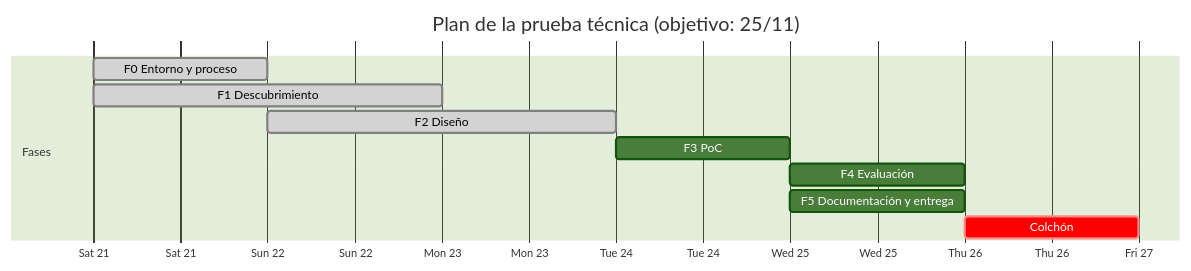
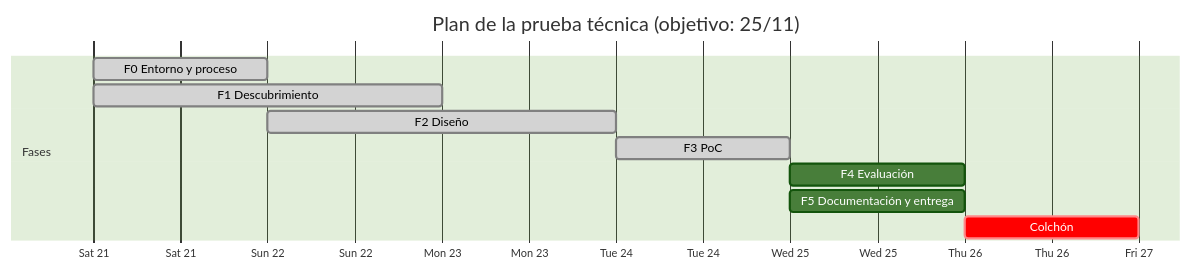
One commit to piglper/eshipping-ai-challenge changed the diagram in docs/PLAN.md. Above: the diagram before and after it, drawn with Mermaid (forest theme). The commit also changed other lines of this file and 3 other files, not shown here.

````diff
--- a/docs/PLAN.md
+++ b/docs/PLAN.md
@@ -109,14 +109,14 @@
 ```mermaid
 gantt
     title Plan de la prueba técnica (objetivo: 25/11)
     dateFormat YYYY-MM-DD
     axisFormat %a %d
     section Fases
     F0 Entorno y proceso      :done,    f0, 2026-11-21, 1d
     F1 Descubrimiento         :done,    f1, 2026-11-21, 1.5d
     F2 Diseño                 :done,    f2, 2026-11-22, 1.5d
-    F3 PoC                    :         f3, after f2, 0.75d
+    F3 PoC                    :done,    f3, 2026-11-24, 1d
     F4 Evaluación             :         f4, after f3, 0.5d
     F5 Documentación y entrega:         f5, 2026-11-25, 1d
     Colchón                   :crit,    b,  2026-11-26, 1d
 ```
````
